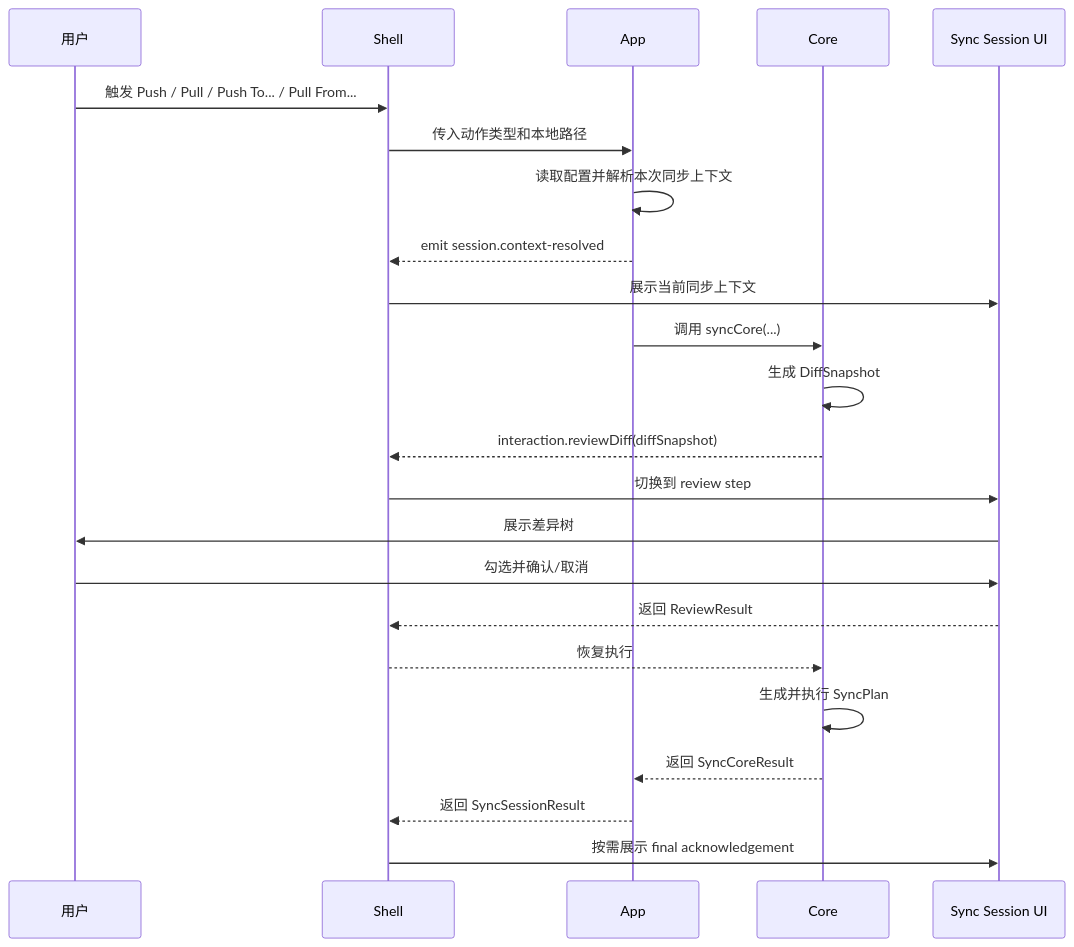
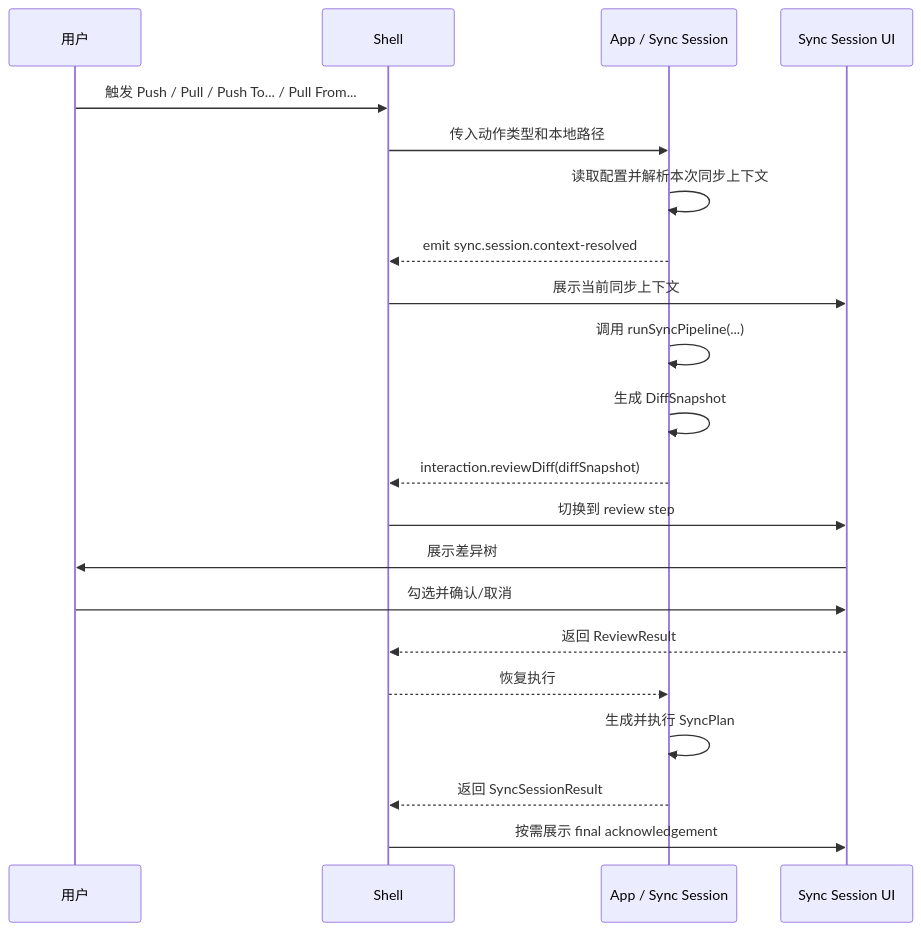
The first of 15 diagrams in docs/Flows.md (agalloch21/sync-with-rclone), drawn with Mermaid before and after one commit. The commit also changed other lines of this file and 29 other files, not shown here.

````diff
--- a/docs/Flows.md
+++ b/docs/Flows.md
@@ -5,26 +5,24 @@
 ```mermaid
 sequenceDiagram
   participant U as 用户
   participant S as Shell
-  participant A as App
-  participant C as Core
+  participant A as App / Sync Session
   participant W as Sync Session UI
 
   U->>S: 触发 Push / Pull / Push To... / Pull From...
   S->>A: 传入动作类型和本地路径
   A->>A: 读取配置并解析本次同步上下文
-  A-->>S: emit session.context-resolved
+  A-->>S: emit sync.session.context-resolved
   S->>W: 展示当前同步上下文
-  A->>C: 调用 syncCore(...)
-  C->>C: 生成 DiffSnapshot
-  C-->>S: interaction.reviewDiff(diffSnapshot)
+  A->>A: 调用 runSyncPipeline(...)
+  A->>A: 生成 DiffSnapshot
+  A-->>S: interaction.reviewDiff(diffSnapshot)
   S->>W: 切换到 review step
   W->>U: 展示差异树
   U->>W: 勾选并确认/取消
   W-->>S: 返回 ReviewResult
-  S-->>C: 恢复执行
-  C->>C: 生成并执行 SyncPlan
-  C-->>A: 返回 SyncCoreResult
+  S-->>A: 恢复执行
+  A->>A: 生成并执行 SyncPlan
   A-->>S: 返回 SyncSessionResult
   S->>W: 按需展示 final acknowledgement
 ```
````
